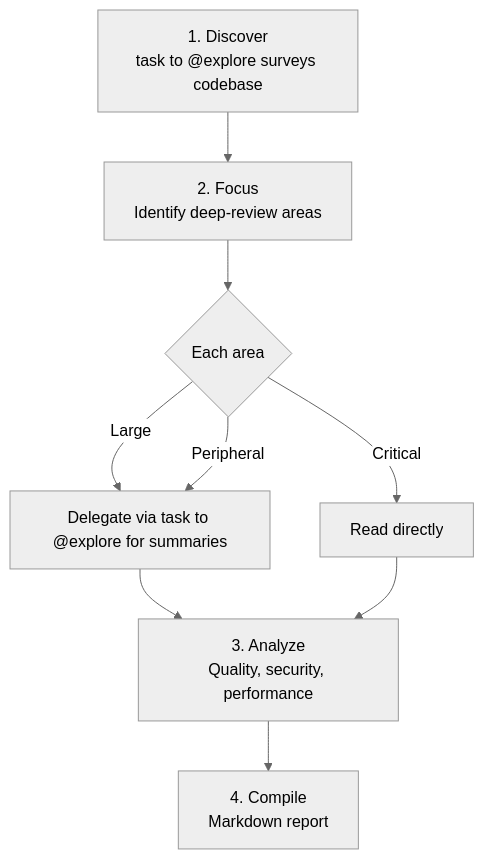
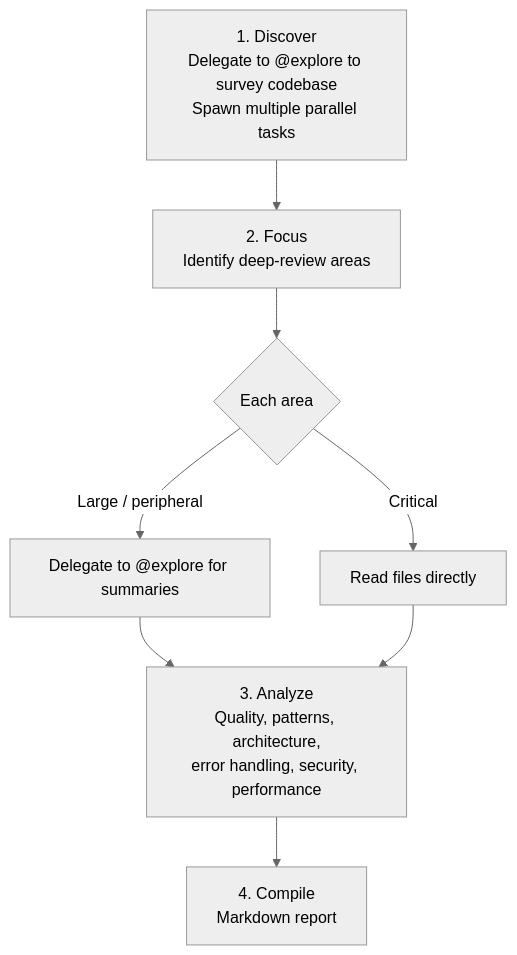
Before and after one commit to juliankahlert/opencode-config: the diagram in pages/src/absurd/review.md, drawn with Mermaid (neutral theme). The commit also changed other lines of this file and 17 other files, not shown here.

````diff
--- a/pages/src/absurd/review.md
+++ b/pages/src/absurd/review.md
@@ -19,12 +27,11 @@
 ```mermaid
 flowchart TD
-    DISCOVER[<span>1.</span> Discover<br/>task to @explore surveys codebase] --> FOCUS
+    DISCOVER[<span>1.</span> Discover<br/>Delegate to @explore to survey codebase<br/>Spawn multiple parallel tasks] --> FOCUS
     FOCUS[<span>2.</span> Focus<br/>Identify deep-review areas] --> CHOICE{Each area}
-    CHOICE -->|Large| DELEGATE[Delegate via task to @explore for summaries]
-    CHOICE -->|Peripheral| DELEGATE
-    CHOICE -->|Critical| DIRECT[Read directly]
+    CHOICE -->|Large / peripheral| DELEGATE[Delegate to @explore for summaries]
+    CHOICE -->|Critical| DIRECT[Read files directly]
     DELEGATE --> ANALYZE
     DIRECT --> ANALYZE
-    ANALYZE[<span>3.</span> Analyze<br/>Quality, security, performance] --> COMPILE
+    ANALYZE[<span>3.</span> Analyze<br/>Quality, patterns, architecture,<br/>error handling, security, performance] --> COMPILE
     COMPILE[<span>4.</span> Compile<br/>Markdown report]
 ```
````
